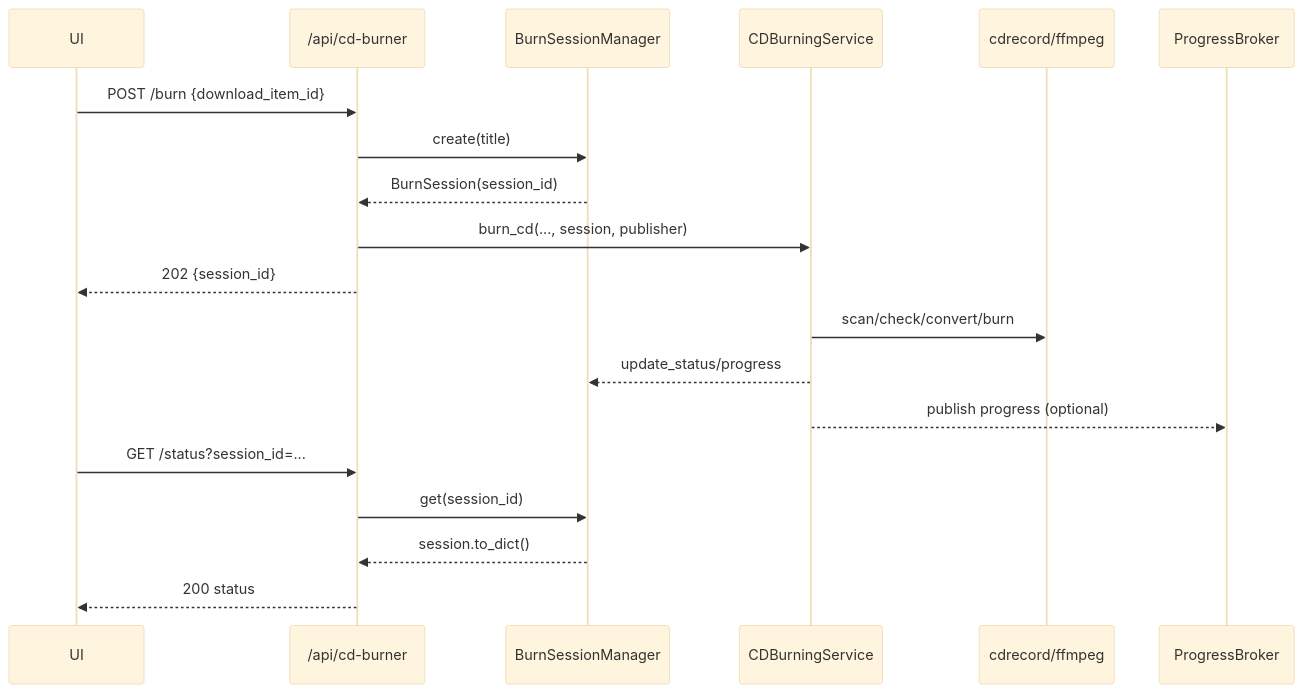
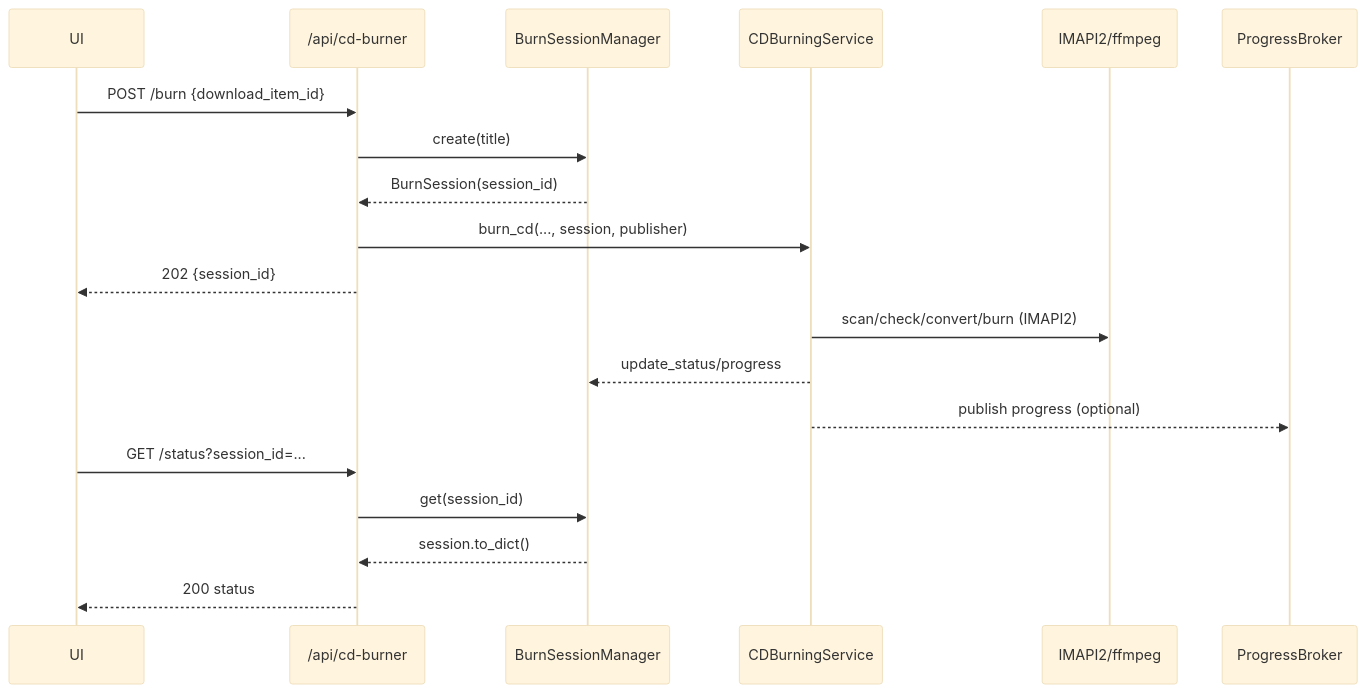
The second of 2 diagrams in ARCHITECTURE.md (Forest904/Beathub), drawn with Mermaid (base theme) before and after one commit. The commit also changed other lines of this file and 12 other files, not shown here.

````diff
--- a/ARCHITECTURE.md
+++ b/ARCHITECTURE.md
@@ -76,22 +76,22 @@
 ```mermaid
 sequenceDiagram
     participant UI
     participant BurnRoutes as /api/cd-burner
     participant Sessions as BurnSessionManager
     participant Service as CDBurningService
-    participant Disc as cdrecord/ffmpeg
+    participant Disc as IMAPI2/ffmpeg
     participant SSE as ProgressBroker
 
     UI->>BurnRoutes: POST /burn {download_item_id}
     BurnRoutes->>Sessions: create(title)
     Sessions-->>BurnRoutes: BurnSession(session_id)
     BurnRoutes->>Service: burn_cd(..., session, publisher)
     BurnRoutes-->>UI: 202 {session_id}
-    Service->>Disc: scan/check/convert/burn
+    Service->>Disc: scan/check/convert/burn (IMAPI2)
     Service-->>Sessions: update_status/progress
     Service-->>SSE: publish progress (optional)
     UI->>BurnRoutes: GET /status?session_id=...
     BurnRoutes->>Sessions: get(session_id)
     Sessions-->>BurnRoutes: session.to_dict()
     BurnRoutes-->>UI: 200 status
 ```
````
